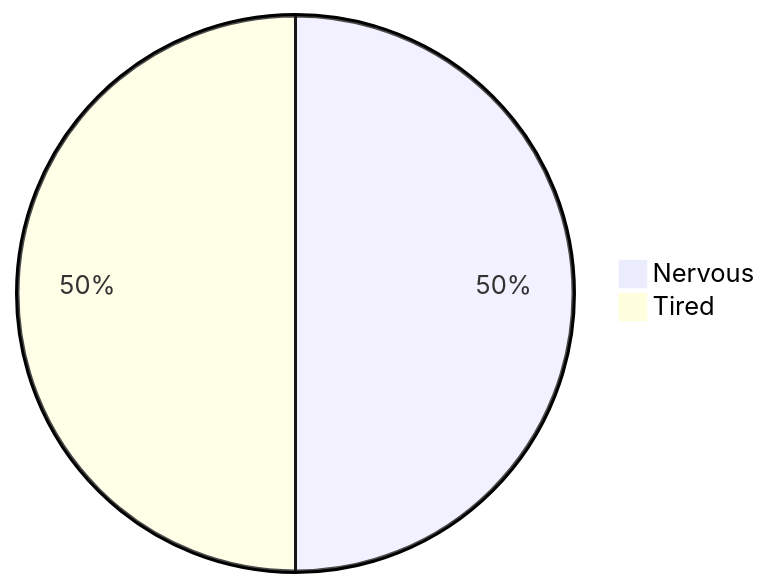
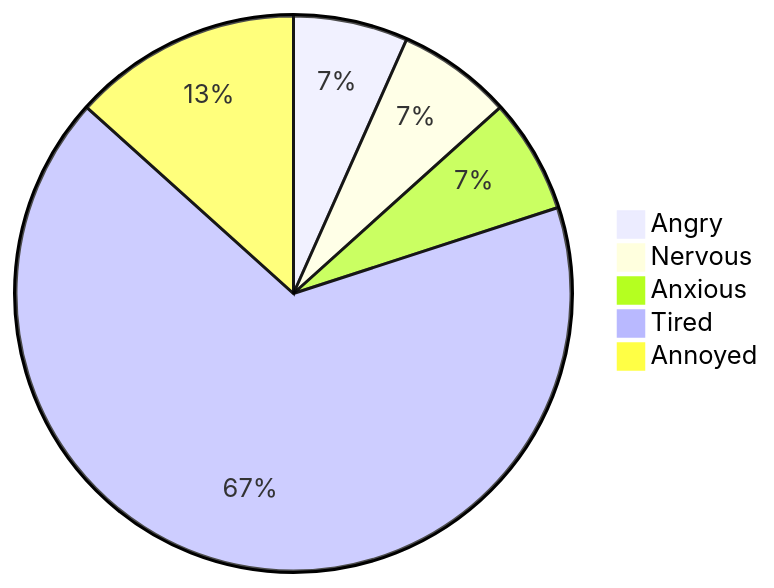
Before and after one commit to S4-Smart-mobile/S4-Smart-Mobile: the second of 17 diagrams in documentation/interviews-surveys/mood-mental-health-survey-V2.md, drawn with Mermaid. The commit also changed other lines of this file, not shown here.

````diff
--- a/documentation/interviews-surveys/mood-mental-health-survey-V2.md
+++ b/documentation/interviews-surveys/mood-mental-health-survey-V2.md
@@ -98,5 +103,8 @@
 ```mermaid
 pie
+"Angry": 1
 "Nervous": 1
-"Tired": 1
+"Anxious": 1
+"Tired": 10
+"Annoyed": 2
 ```
````
